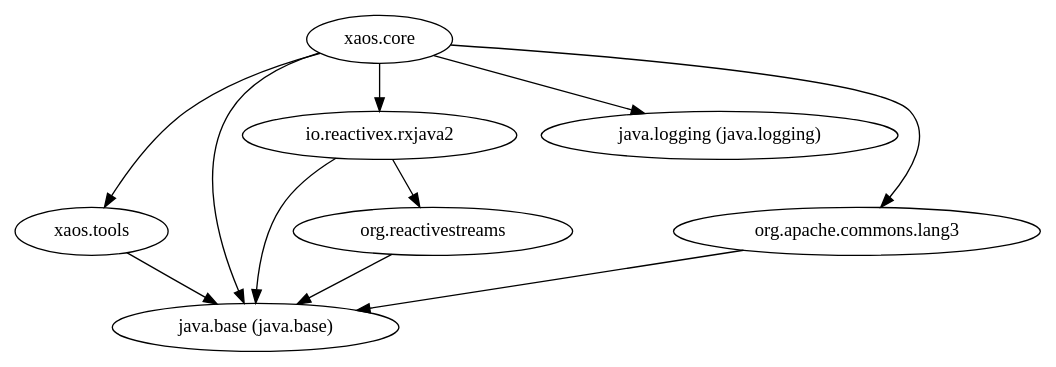
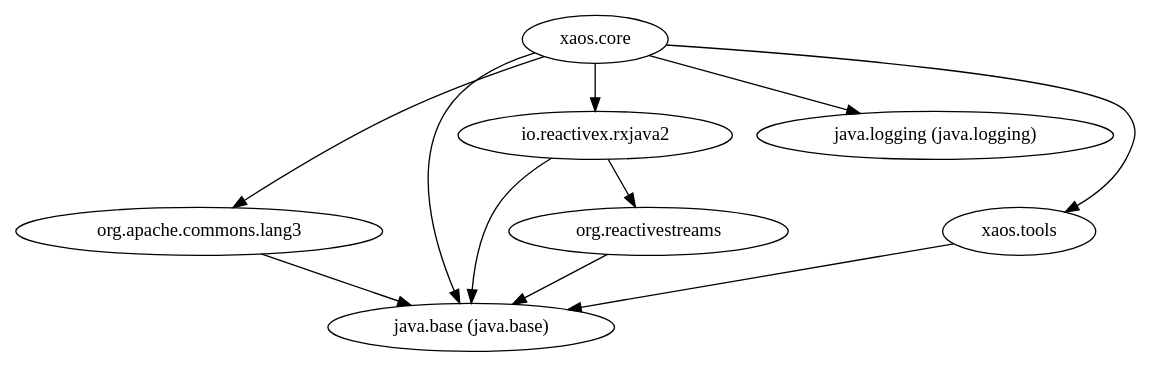
The diagram in xaos.core.module/doc/module-dependencies.dot (ESSICS/XAOS), drawn with Graphviz before and after one commit. The commit also changed other lines of this file and 56 other files, not shown here.

```diff
--- a/xaos.core.module/doc/module-dependencies.dot
+++ b/xaos.core.module/doc/module-dependencies.dot
@@ -1,12 +1,12 @@
 digraph "summary" {
-  "xaos.tools"                                       -> "java.base (java.base)";
+  "org.apache.commons.lang3"                         -> "java.base (java.base)";
+  "io.reactivex.rxjava2"                             -> "java.base (java.base)";
+  "io.reactivex.rxjava2"                             -> "org.reactivestreams";
   "xaos.core"                                        -> "io.reactivex.rxjava2";
   "xaos.core"                                        -> "java.base (java.base)";
   "xaos.core"                                        -> "java.logging (java.logging)";
   "xaos.core"                                        -> "org.apache.commons.lang3";
   "xaos.core"                                        -> "xaos.tools";
-  "org.apache.commons.lang3"                         -> "java.base (java.base)";
-  "io.reactivex.rxjava2"                             -> "java.base (java.base)";
-  "io.reactivex.rxjava2"                             -> "org.reactivestreams";
+  "xaos.tools"                                       -> "java.base (java.base)";
   "org.reactivestreams"                              -> "java.base (java.base)";
 }
```
